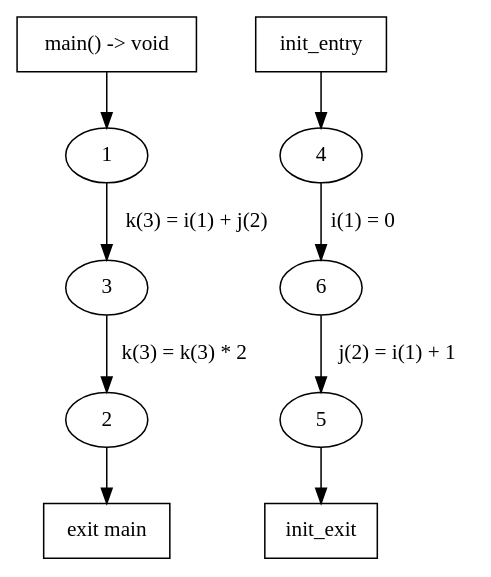
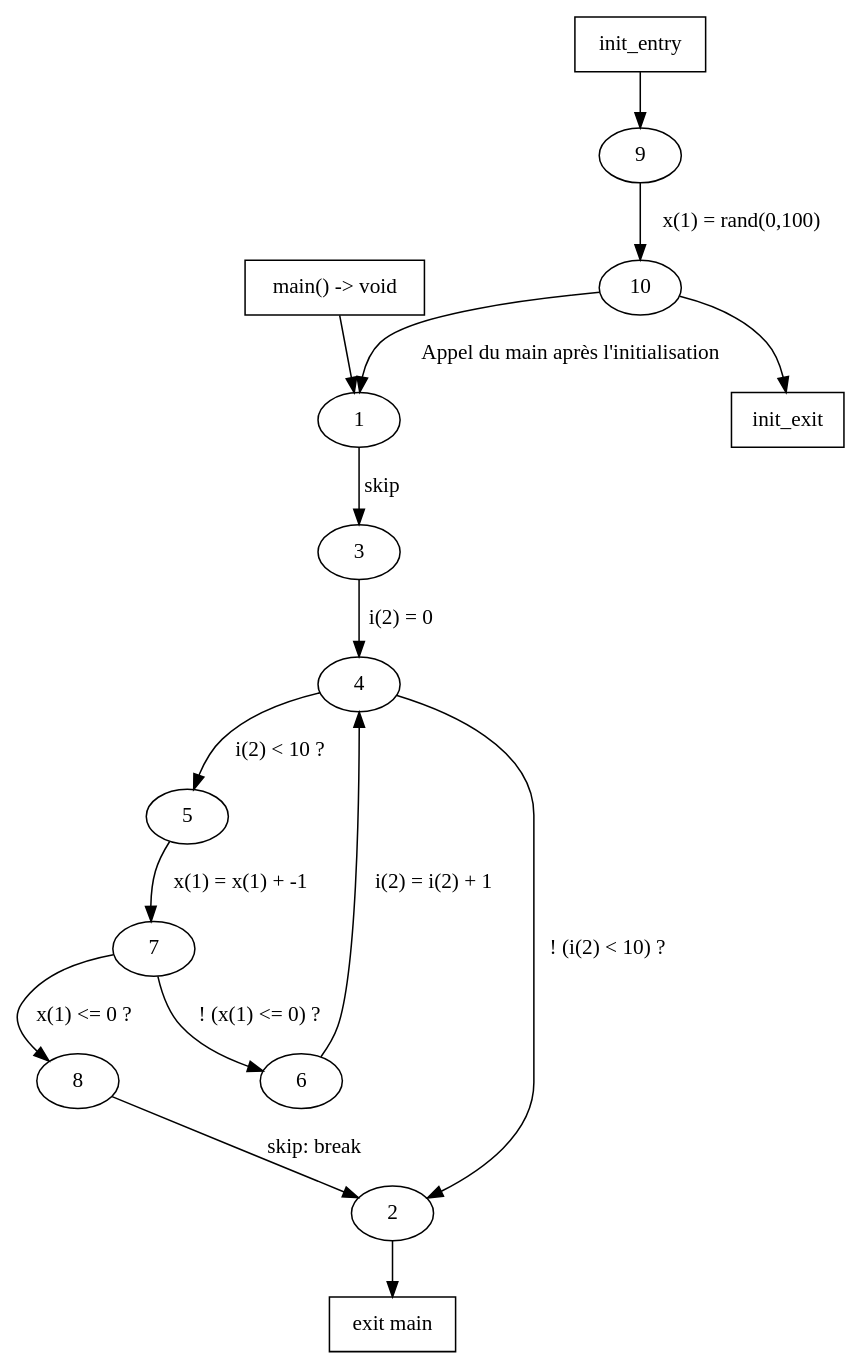
Before and after one commit to luyise/projet_Semantique: the diagram in project/cfg.dot, drawn with Graphviz. The commit also changed 10 other files, not shown here.

```diff
--- a/project/cfg.dot
+++ b/project/cfg.dot
@@ -1,14 +1,21 @@
 digraph CFG {
- 1 -> 3 [label="k(3) = i(1) + j(2)"];
- 3 -> 2 [label="k(3) = k(3) * 2"];
- 4 -> 6 [label="i(1) = 0"];
- 6 -> 5 [label="j(2) = i(1) + 1"];
+ 10 -> 1 [label="Appel du main après l'initialisation"];
+ 1 -> 3 [label="skip"];
+ 3 -> 4 [label="i(2) = 0"];
+ 4 -> 5 [label="i(2) < 10 ?"];
+ 4 -> 2 [label="! (i(2) < 10) ?"];
+ 6 -> 4 [label="i(2) = i(2) + 1"];
+ 5 -> 7 [label="x(1) = x(1) + -1"];
+ 7 -> 8 [label="x(1) <= 0 ?"];
+ 7 -> 6 [label="! (x(1) <= 0) ?"];
+ 8 -> 2 [label="skip: break"];
+ 9 -> 10 [label="x(1) = rand(0,100)"];
   entry_main [shape=box,label="main() -> void"];
   exit_main [shape=box,label="exit main"];
   entry_main -> 1;
   2 -> exit_main;
   init_entry [shape=box];
   init_exit [shape=box];
-  init_entry -> 4;
-  5 -> init_exit;
+  init_entry -> 9;
+  10 -> init_exit;
 }
```
